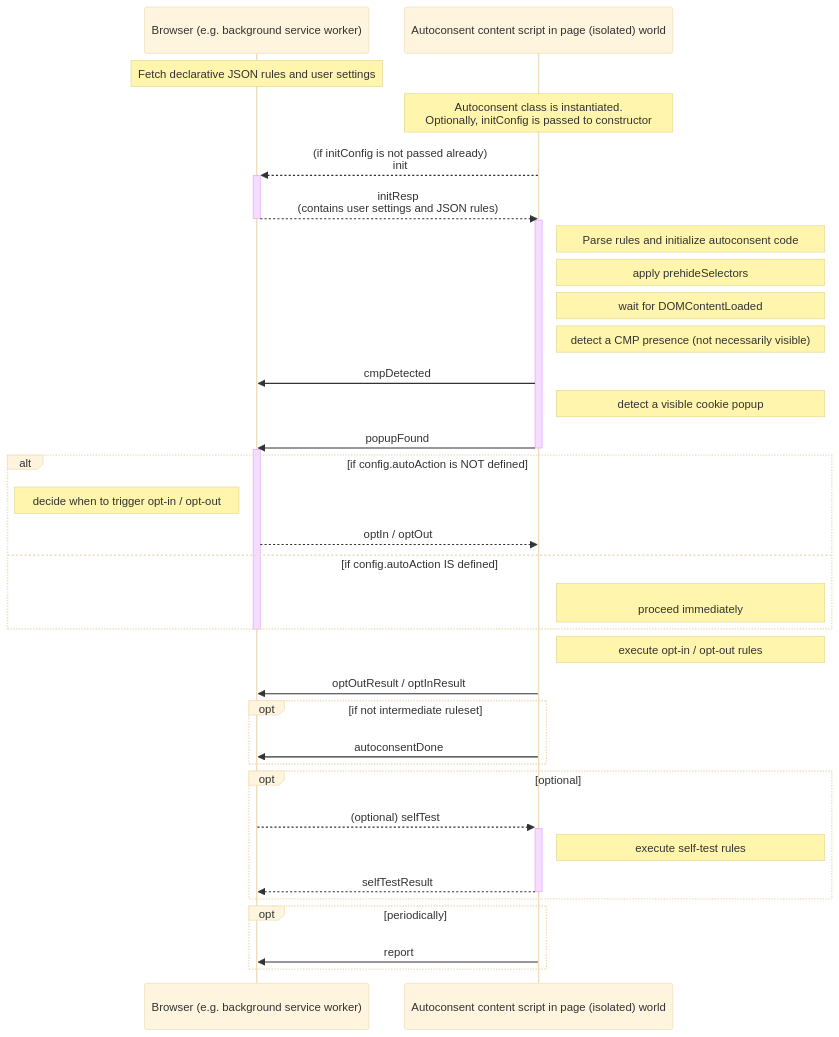
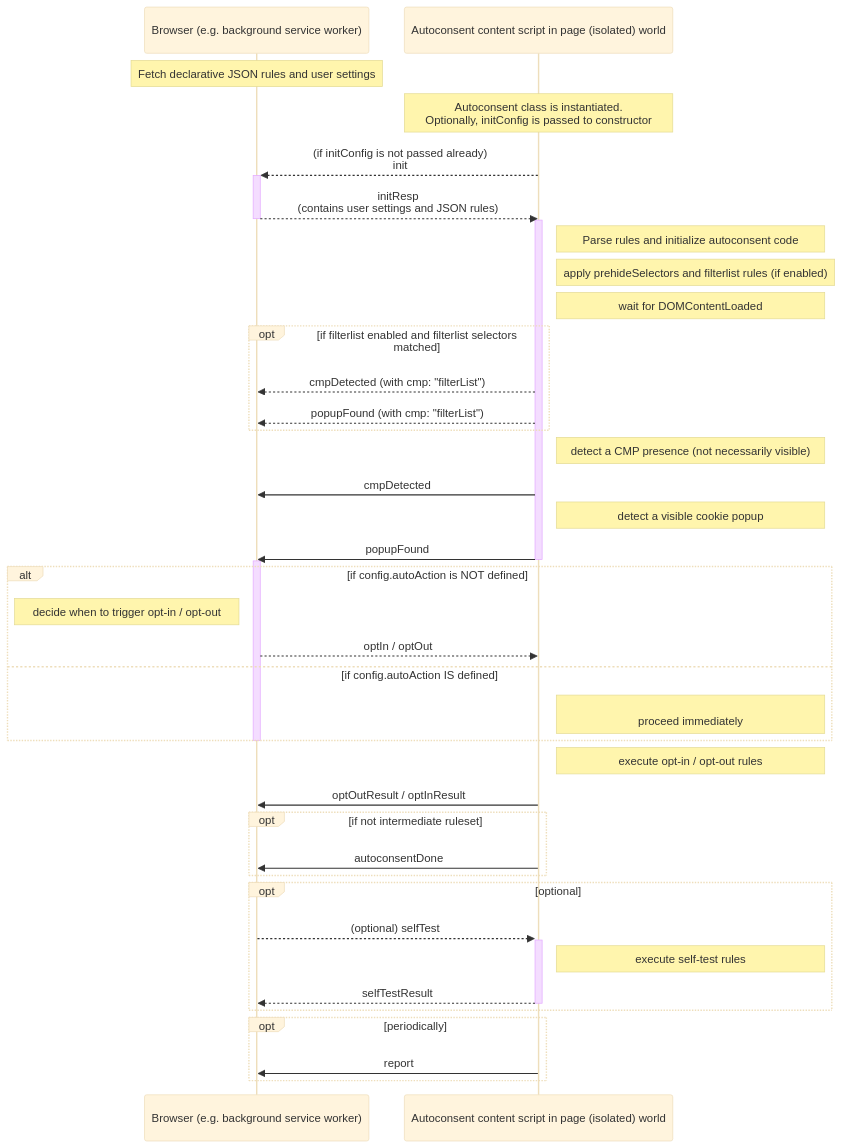
The first of 2 diagrams in api.md (duckduckgo/autoconsent), drawn with Mermaid (base theme) before and after one commit. The commit also changed other lines of this file and 8 other files, not shown here.

````diff
--- a/api.md
+++ b/api.md
@@ -46,49 +47,55 @@
 ```mermaid
 
 sequenceDiagram
     participant BG as Browser (e.g. background service worker)
     participant CS as Autoconsent content script in page (isolated) world
 
     Note over BG: Fetch declarative JSON rules and user settings
     Note over CS: Autoconsent class is instantiated.<br/>Optionally, initConfig is passed to constructor
 
     CS -->>+ BG: (if initConfig is not passed already)<br/>init
     BG -->>- CS: initResp<br/>(contains user settings and JSON rules)
 
     activate CS
     Note right of CS: Parse rules and initialize autoconsent code
-    Note right of CS: apply prehideSelectors
+    Note right of CS: apply prehideSelectors and filterlist rules (if enabled)
     Note right of CS: wait for DOMContentLoaded
+
+    opt if filterlist enabled and filterlist selectors matched
+        CS -->> BG: cmpDetected (with cmp: "filterList")
+        CS -->> BG: popupFound (with cmp: "filterList")
+    end
+
     Note right of CS: detect a CMP presence (not necessarily visible)
 
     CS ->> BG: cmpDetected
     Note right of CS: detect a visible cookie popup
     CS ->> BG: popupFound
     deactivate CS
     activate BG
     alt if config.autoAction is NOT defined
         Note left of BG: decide when to trigger opt-in / opt-out
         BG -->> CS: optIn / optOut
     else if config.autoAction IS defined
         Note right of CS: <br/>proceed immediately
     end
 
     deactivate BG
 
     Note right of CS: execute opt-in / opt-out rules
     CS ->> BG: optOutResult / optInResult
 
     opt if not intermediate ruleset
         CS ->> BG: autoconsentDone
     end
 
     opt optional
         BG -->>+ CS: (optional) selfTest
         Note right of CS: execute self-test rules
         CS -->>- BG: selfTestResult
     end
 
     opt periodically
         CS ->> BG: report
     end
 ```
````
